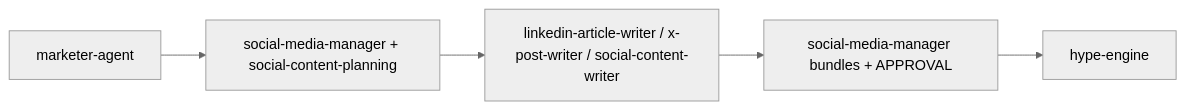
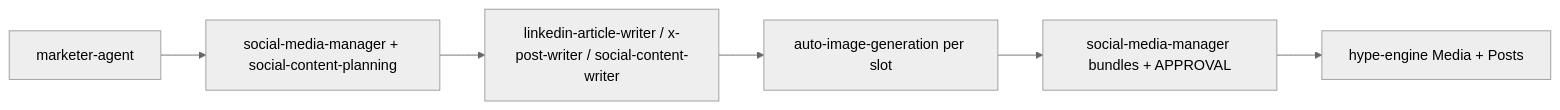
The diagram in workspace/skills/multi-agent-orchestrator/chain-templates/social-feed-pipeline.md (brudex/OpenclawAgents), drawn with Mermaid (neutral theme) before and after one commit. The commit also changed other lines of this file and 11 other files, not shown here.

````diff
--- a/workspace/skills/multi-agent-orchestrator/chain-templates/social-feed-pipeline.md
+++ b/workspace/skills/multi-agent-orchestrator/chain-templates/social-feed-pipeline.md
@@ -13,7 +13,8 @@
 ```mermaid
 flowchart LR
   A[marketer-agent] --> B[social-media-manager + social-content-planning]
   B --> C[linkedin-article-writer / x-post-writer / social-content-writer]
-  C --> D[social-media-manager bundles + APPROVAL]
-  D --> E[hype-engine]
+  C --> I[auto-image-generation per slot]
+  I --> D[social-media-manager bundles + APPROVAL]
+  D --> E[hype-engine Media + Posts]
 ```
````
